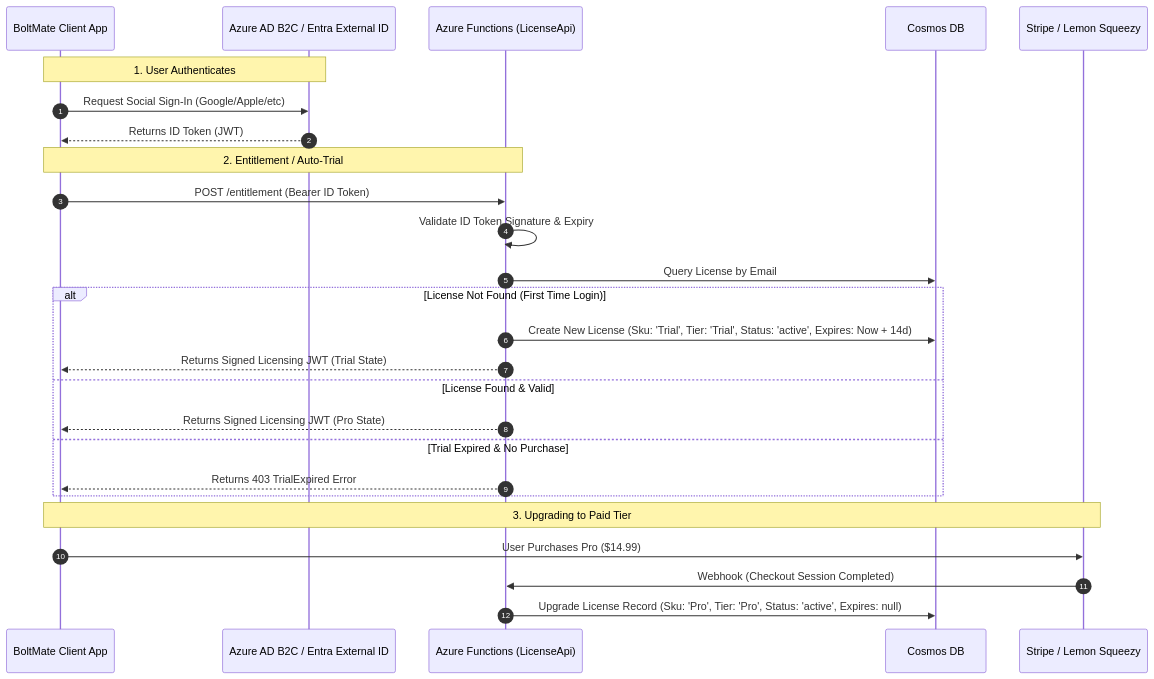
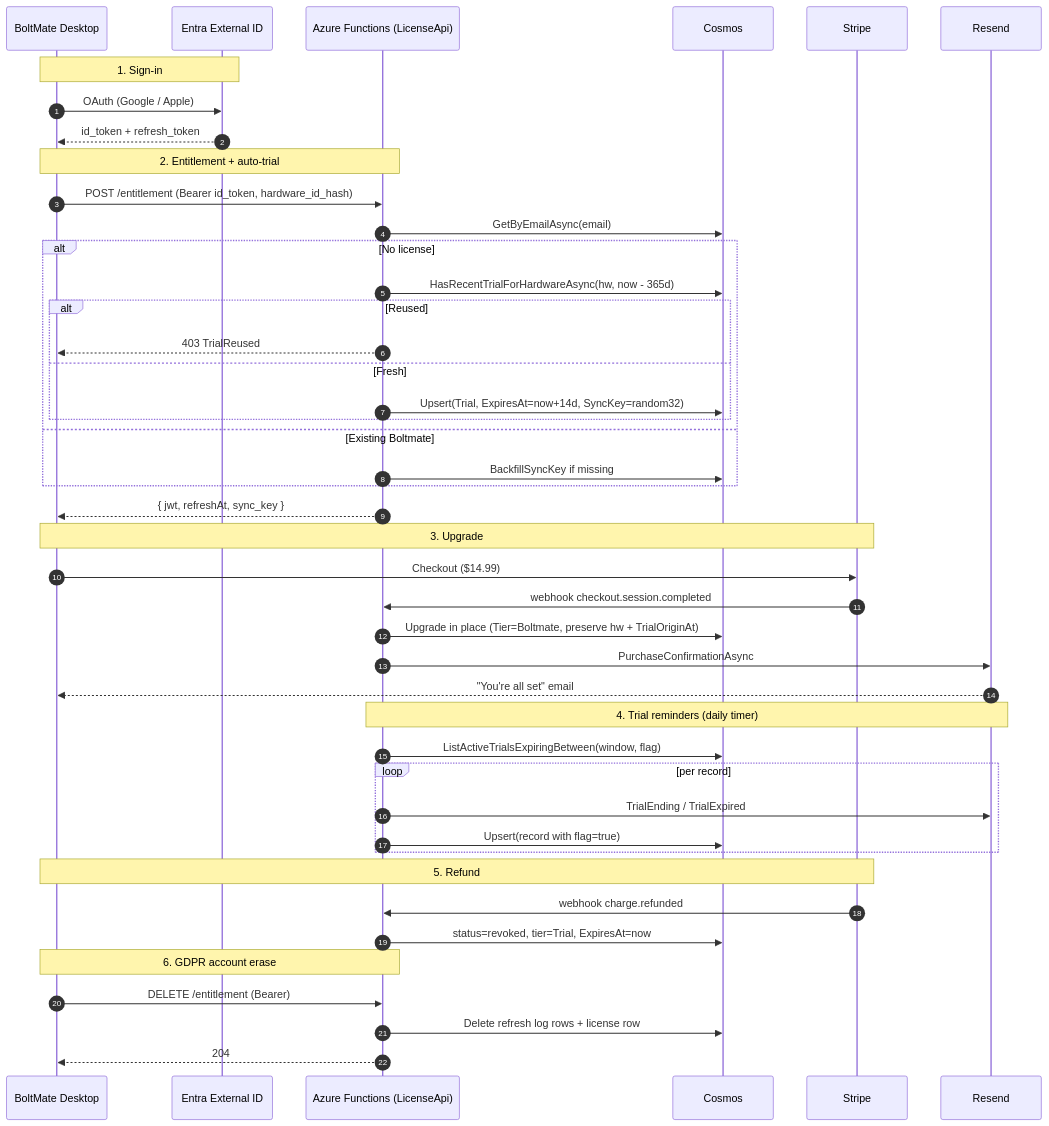
One commit to jaredballen/BoltMate changed the diagram in doc/licensing_architecture.md. Above: the diagram before and after it, drawn with Mermaid. The commit also changed other lines of this file and 2 other files, not shown here.

First line of the commit message:
docs: web portal section + site architecture + licensing rewrite

````diff
--- a/doc/licensing_architecture.md
+++ b/doc/licensing_architecture.md
@@ -22,32 +53,52 @@
 ```mermaid
 sequenceDiagram
     autonumber
-    participant Client as BoltMate Client App
-    participant IdP as Azure AD B2C / Entra External ID
+    participant Client as BoltMate Desktop
+    participant IdP as Entra External ID
     participant API as Azure Functions (LicenseApi)
-    participant Db as Cosmos DB
-    participant Stripe as Stripe / Lemon Squeezy
+    participant Db as Cosmos
+    participant Stripe
+    participant Resend
 
-    Note over Client, IdP: 1. User Authenticates
-    Client->>IdP: Request Social Sign-In (Google/Apple/etc)
-    IdP-->>Client: Returns ID Token (JWT)
+    Note over Client, IdP: 1. Sign-in
+    Client->>IdP: OAuth (Google / Apple)
+    IdP-->>Client: id_token + refresh_token
 
-    Note over Client, API: 2. Entitlement / Auto-Trial
-    Client->>API: POST /entitlement (Bearer ID Token)
-    API->>API: Validate ID Token Signature & Expiry
-    API->>Db: Query License by Email
-    
-    alt License Not Found (First Time Login)
-        API->>Db: Create New License (Sku: 'Trial', Tier: 'Trial', Status: 'active', Expires: Now + 14d)
-        API-->>Client: Returns Signed Licensing JWT (Trial State)
-    else License Found & Valid
-        API-->>Client: Returns Signed Licensing JWT (Pro State)
-    else Trial Expired & No Purchase
-        API-->>Client: Returns 403 TrialExpired Error
+    Note over Client, API: 2. Entitlement + auto-trial
+    Client->>API: POST /entitlement (Bearer id_token, hardware_id_hash)
+    API->>Db: GetByEmailAsync(email)
+    alt No license
+      API->>Db: HasRecentTrialForHardwareAsync(hw, now - 365d)
+      alt Reused
+        API-->>Client: 403 TrialReused
+      else Fresh
+        API->>Db: Upsert(Trial, ExpiresAt=now+14d, SyncKey=random32)
+      end
+    else Existing Boltmate
+      API->>Db: BackfillSyncKey if missing
+    end
+    API-->>Client: { jwt, refreshAt, sync_key }
+
+    Note over Client, Stripe: 3. Upgrade
+    Client->>Stripe: Checkout ($14.99)
+    Stripe->>API: webhook checkout.session.completed
+    API->>Db: Upgrade in place (Tier=Boltmate, preserve hw + TrialOriginAt)
+    API->>Resend: PurchaseConfirmationAsync
+    Resend-->>Client: "You're all set" email
+
+    Note over API, Resend: 4. Trial reminders (daily timer)
+    API->>Db: ListActiveTrialsExpiringBetween(window, flag)
+    loop per record
+      API->>Resend: TrialEnding / TrialExpired
+      API->>Db: Upsert(record with flag=true)
     end
 
-    Note over Client, Stripe: 3. Upgrading to Paid Tier
-    Client->>Stripe: User Purchases Pro ($14.99)
-    Stripe->>API: Webhook (Checkout Session Completed)
-    API->>Db: Upgrade License Record (Sku: 'Pro', Tier: 'Pro', Status: 'active', Expires: null)
+    Note over Client, Stripe: 5. Refund
+    Stripe->>API: webhook charge.refunded
+    API->>Db: status=revoked, tier=Trial, ExpiresAt=now
+
+    Note over Client, API: 6. GDPR account erase
+    Client->>API: DELETE /entitlement (Bearer)
+    API->>Db: Delete refresh log rows + license row
+    API-->>Client: 204
 ```
````
